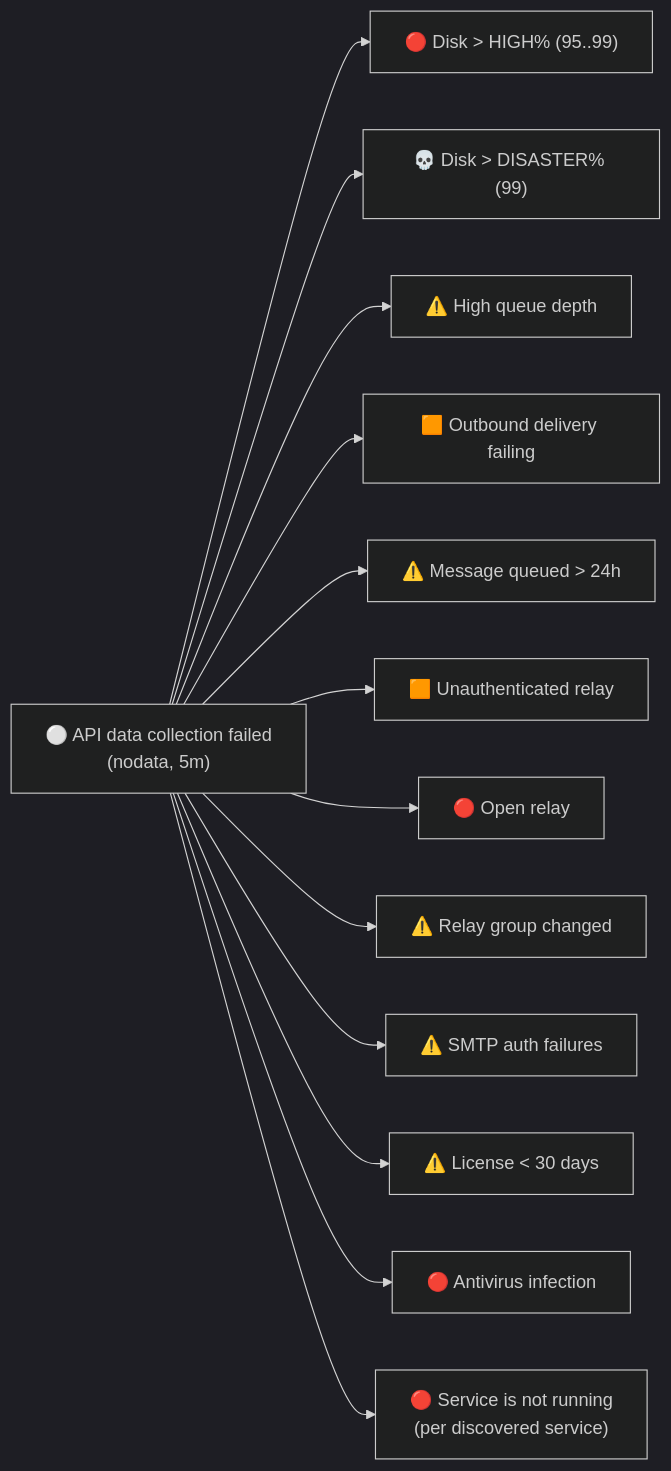
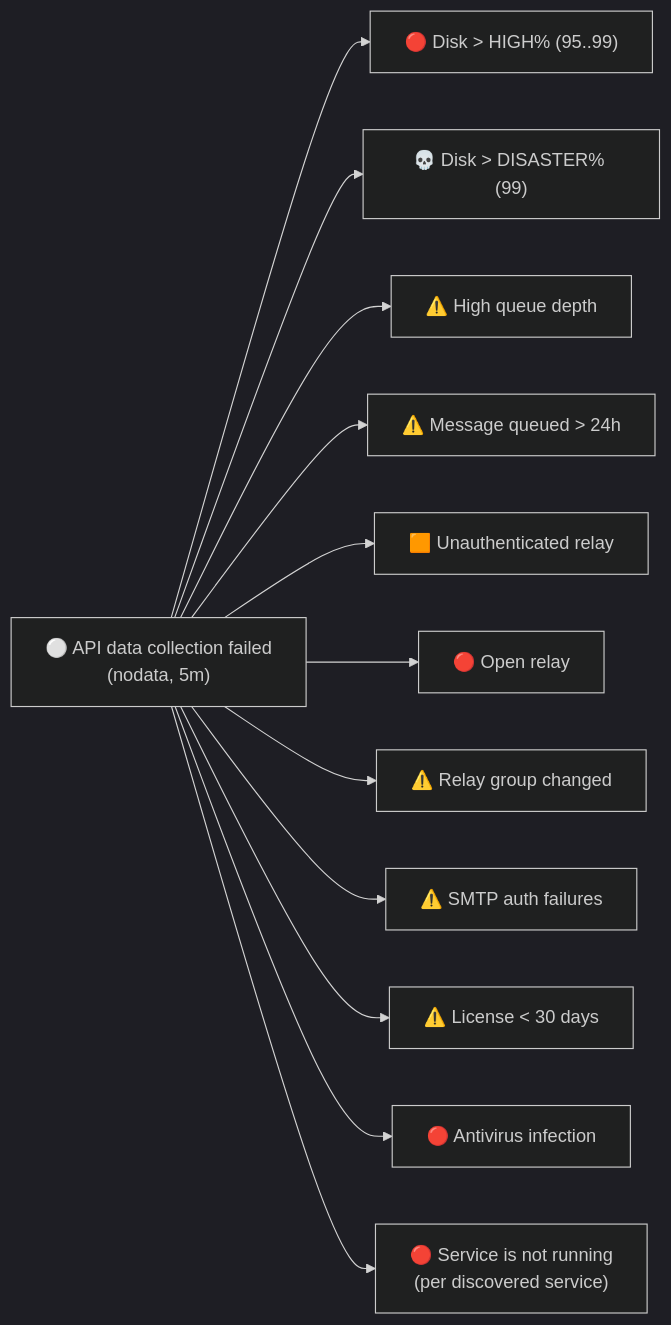
One commit to IT-for-Prof/zabbix-kerio-connect changed the second of 2 diagrams in README.md. Above: the diagram before and after it, drawn with Mermaid (dark theme). The commit also changed other lines of this file and 10 other files, not shown here.

First line of the commit message:
Kerio Connect 1.3.0: без триггера «Outbound delivery failing», русские версии шаблонов

````diff
--- a/README.md
+++ b/README.md
@@ -130,16 +146,15 @@
 ```mermaid
 flowchart LR
     R["⚪ API data collection failed<br/>(nodata, 5m)"]
     R --> D3["🔴 Disk > HIGH% (95..99)"]
     R --> D4["💀 Disk > DISASTER% (99)"]
     R --> Q["⚠️ High queue depth"]
-    R --> QS["🟧 Outbound delivery failing"]
     R --> QA["⚠️ Message queued > 24h"]
     R --> RL["🟧 Unauthenticated relay"]
     R --> OR["🔴 Open relay"]
     R --> RG["⚠️ Relay group changed"]
     R --> A["⚠️ SMTP auth failures"]
     R --> L["⚠️ License < 30 days"]
     R --> V["🔴 Antivirus infection"]
     R --> S["🔴 Service is not running<br/>(per discovered service)"]
 ```
````
